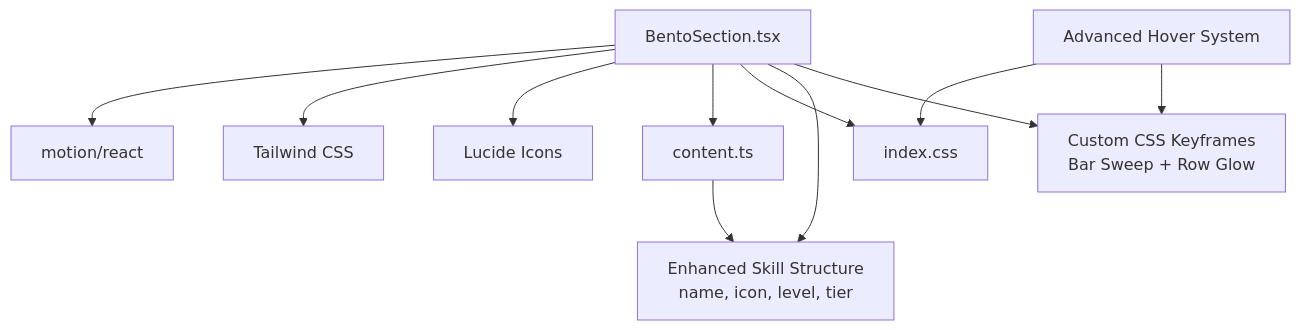
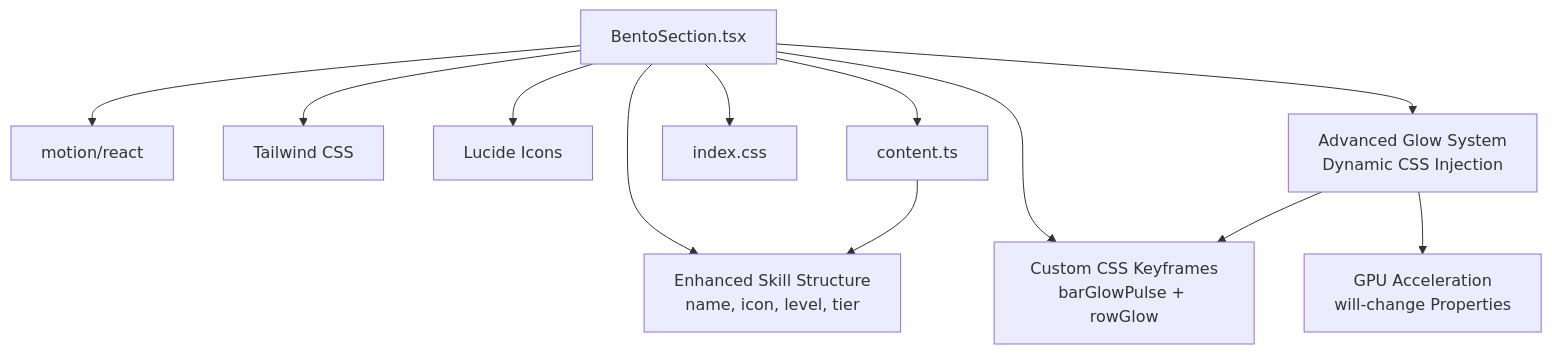
Before and after one commit to subash7781/Portfolio: the fourth of 4 diagrams in .qoder/repowiki/en/content/Component Library & UI Elements/BentoSection Component.md, drawn with Mermaid. The commit also changed other lines of this file and 9 other files, not shown here.

````diff
--- a/.qoder/repowiki/en/content/Component Library & UI Elements/BentoSection Component.md
+++ b/.qoder/repowiki/en/content/Component Library & UI Elements/BentoSection Component.md
@@ -319,13 +343,14 @@
 ```mermaid
 graph TB
 Bento["BentoSection.tsx"] --> MotionLib["motion/react"]
 Bento --> TailwindLib["Tailwind CSS"]
 Bento --> Icons["Lucide Icons"]
 Bento --> Content["content.ts"]
 Bento --> Styles["index.css"]
+Bento --> GlowSystem["Advanced Glow System<br/>Dynamic CSS Injection"]
 Bento --> EnhancedType["Enhanced Skill Structure<br/>name, icon, level, tier"]
-Bento --> Keyframes["Custom CSS Keyframes<br/>Bar Sweep + Row Glow"]
+Bento --> Keyframes["Custom CSS Keyframes<br/>barGlowPulse + rowGlow"]
 Content --> EnhancedType
-HoverSystem["Advanced Hover System"] --> Styles
-HoverSystem --> Keyframes
+GlowSystem --> Keyframes
+GlowSystem --> GPUAcceleration["GPU Acceleration<br/>will-change Properties"]
 ```
````
